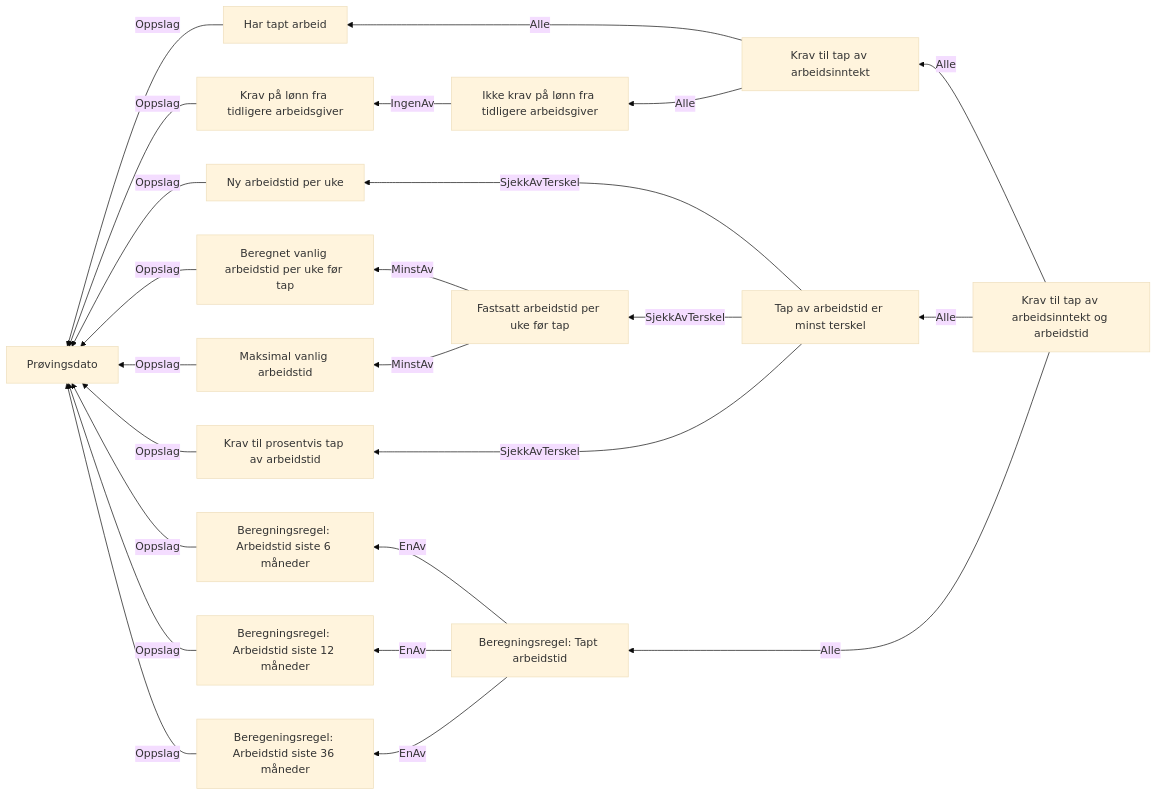
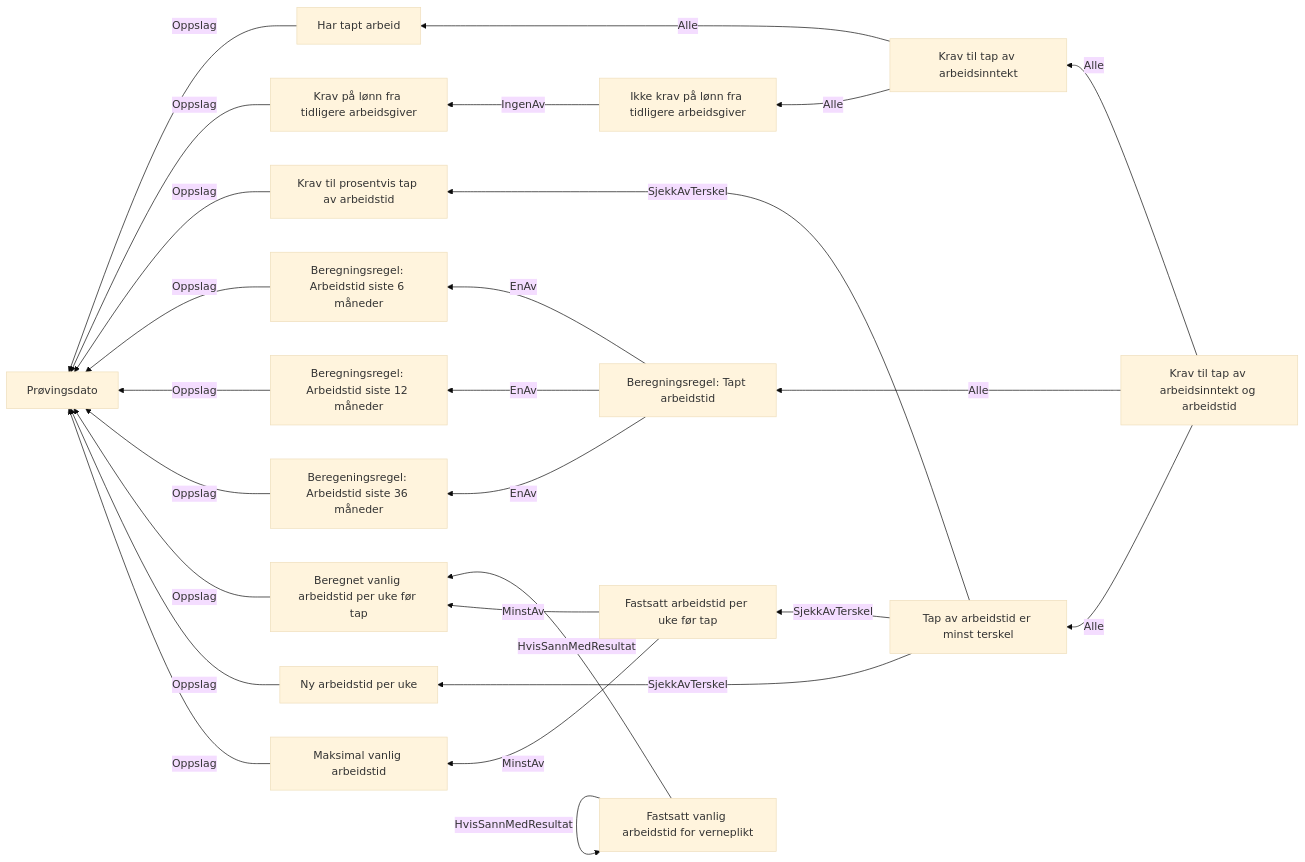
One commit to navikt/dp-vedtak changed the diagram in docs/regler/§ 4-3. Tap av arbeidsinntekt og arbeidstid.approved.md. Above: the diagram before and after it, drawn with Mermaid (base theme). The commit also changed 5 other files, not shown here.

````diff
--- a/docs/regler/§ 4-3. Tap av arbeidsinntekt og arbeidstid.approved.md
+++ b/docs/regler/§ 4-3. Tap av arbeidsinntekt og arbeidstid.approved.md
@@ -5,26 +5,29 @@
 ```mermaid
 graph RL
   A["Har tapt arbeid"] -->|"Oppslag"| B["Prøvingsdato"]
   C["Krav på lønn fra tidligere arbeidsgiver"] -->|"Oppslag"| B["Prøvingsdato"]
   D["Ikke krav på lønn fra tidligere arbeidsgiver"] -->|"IngenAv"| C["Krav på lønn fra tidligere arbeidsgiver"]
   E["Krav til tap av arbeidsinntekt"] -->|"Alle"| A["Har tapt arbeid"]
   E["Krav til tap av arbeidsinntekt"] -->|"Alle"| D["Ikke krav på lønn fra tidligere arbeidsgiver"]
   F["Krav til prosentvis tap av arbeidstid"] -->|"Oppslag"| B["Prøvingsdato"]
   G["Beregningsregel: Arbeidstid siste 6 måneder"] -->|"Oppslag"| B["Prøvingsdato"]
   H["Beregningsregel: Arbeidstid siste 12 måneder"] -->|"Oppslag"| B["Prøvingsdato"]
   I["Beregeningsregel: Arbeidstid siste 36 måneder"] -->|"Oppslag"| B["Prøvingsdato"]
   J["Beregnet vanlig arbeidstid per uke før tap"] -->|"Oppslag"| B["Prøvingsdato"]
-  K["Ny arbeidstid per uke"] -->|"Oppslag"| B["Prøvingsdato"]
-  L["Maksimal vanlig arbeidstid"] -->|"Oppslag"| B["Prøvingsdato"]
-  M["Fastsatt arbeidstid per uke før tap"] -->|"MinstAv"| J["Beregnet vanlig arbeidstid per uke før tap"]
-  M["Fastsatt arbeidstid per uke før tap"] -->|"MinstAv"| L["Maksimal vanlig arbeidstid"]
-  N["Tap av arbeidstid er minst terskel"] -->|"SjekkAvTerskel"| K["Ny arbeidstid per uke"]
-  N["Tap av arbeidstid er minst terskel"] -->|"SjekkAvTerskel"| M["Fastsatt arbeidstid per uke før tap"]
-  N["Tap av arbeidstid er minst terskel"] -->|"SjekkAvTerskel"| F["Krav til prosentvis tap av arbeidstid"]
-  O["Beregningsregel: Tapt arbeidstid"] -->|"EnAv"| G["Beregningsregel: Arbeidstid siste 6 måneder"]
-  O["Beregningsregel: Tapt arbeidstid"] -->|"EnAv"| H["Beregningsregel: Arbeidstid siste 12 måneder"]
-  O["Beregningsregel: Tapt arbeidstid"] -->|"EnAv"| I["Beregeningsregel: Arbeidstid siste 36 måneder"]
-  P["Krav til tap av arbeidsinntekt og arbeidstid"] -->|"Alle"| E["Krav til tap av arbeidsinntekt"]
-  P["Krav til tap av arbeidsinntekt og arbeidstid"] -->|"Alle"| N["Tap av arbeidstid er minst terskel"]
-  P["Krav til tap av arbeidsinntekt og arbeidstid"] -->|"Alle"| O["Beregningsregel: Tapt arbeidstid"]
+  K["Fastsatt vanlig arbeidstid for verneplikt"] -->|"HvisSannMedResultat"| K["Fastsatt vanlig arbeidstid for verneplikt"]
+  K["Fastsatt vanlig arbeidstid for verneplikt"] -->|"HvisSannMedResultat"| K["Fastsatt vanlig arbeidstid for verneplikt"]
+  K["Fastsatt vanlig arbeidstid for verneplikt"] -->|"HvisSannMedResultat"| J["Beregnet vanlig arbeidstid per uke før tap"]
+  L["Ny arbeidstid per uke"] -->|"Oppslag"| B["Prøvingsdato"]
+  M["Maksimal vanlig arbeidstid"] -->|"Oppslag"| B["Prøvingsdato"]
+  N["Fastsatt arbeidstid per uke før tap"] -->|"MinstAv"| J["Beregnet vanlig arbeidstid per uke før tap"]
+  N["Fastsatt arbeidstid per uke før tap"] -->|"MinstAv"| M["Maksimal vanlig arbeidstid"]
+  O["Tap av arbeidstid er minst terskel"] -->|"SjekkAvTerskel"| L["Ny arbeidstid per uke"]
+  O["Tap av arbeidstid er minst terskel"] -->|"SjekkAvTerskel"| N["Fastsatt arbeidstid per uke før tap"]
+  O["Tap av arbeidstid er minst terskel"] -->|"SjekkAvTerskel"| F["Krav til prosentvis tap av arbeidstid"]
+  P["Beregningsregel: Tapt arbeidstid"] -->|"EnAv"| G["Beregningsregel: Arbeidstid siste 6 måneder"]
+  P["Beregningsregel: Tapt arbeidstid"] -->|"EnAv"| H["Beregningsregel: Arbeidstid siste 12 måneder"]
+  P["Beregningsregel: Tapt arbeidstid"] -->|"EnAv"| I["Beregeningsregel: Arbeidstid siste 36 måneder"]
+  Q["Krav til tap av arbeidsinntekt og arbeidstid"] -->|"Alle"| E["Krav til tap av arbeidsinntekt"]
+  Q["Krav til tap av arbeidsinntekt og arbeidstid"] -->|"Alle"| O["Tap av arbeidstid er minst terskel"]
+  Q["Krav til tap av arbeidsinntekt og arbeidstid"] -->|"Alle"| P["Beregningsregel: Tapt arbeidstid"]
 ```
````
